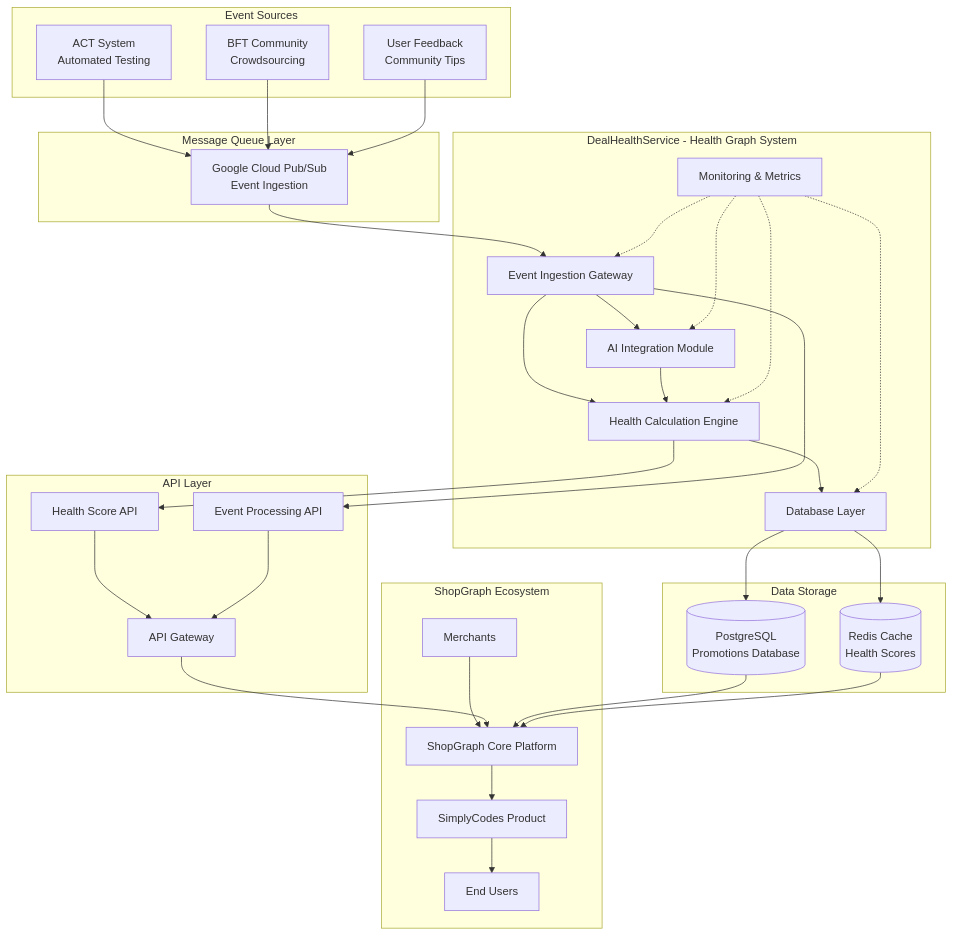
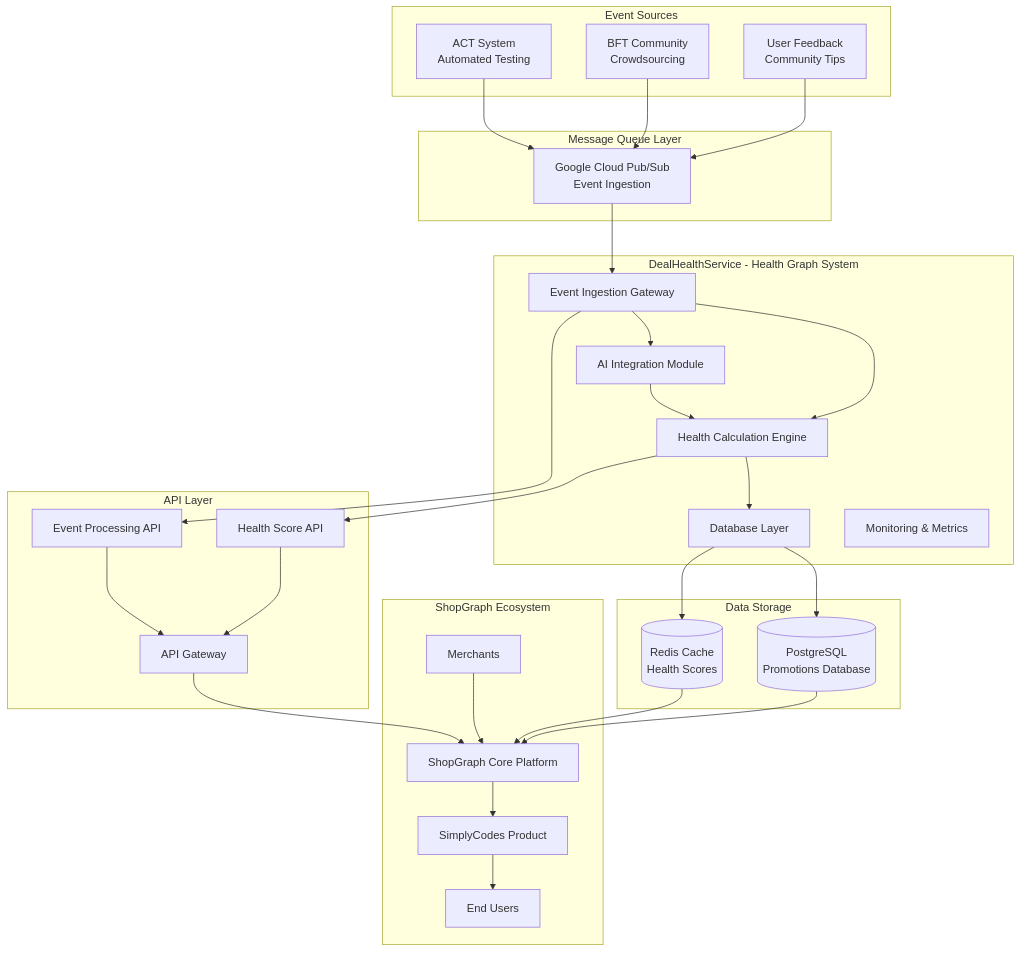
Before and after one commit to jsrobin888/ShopGraphHealthService: the diagram in README.md, drawn with Mermaid. The commit also changed other lines of this file and 22 other files, not shown here.

````diff
--- a/README.md
+++ b/README.md
@@ -29,78 +29,72 @@
 ```mermaid
 graph TB
     subgraph "ShopGraph Ecosystem"
         SHOPGRAPH[ShopGraph Core Platform]
         SIMPLYCODES[SimplyCodes Product]
         USERS[End Users]
         MERCHANTS[Merchants]
     end
     
     subgraph "Event Sources"
         ACT[ACT System<br/>Automated Testing]
         BFT[BFT Community<br/>Crowdsourcing]
         USER_FEEDBACK[User Feedback<br/>Community Tips]
     end
     
     subgraph "Message Queue Layer"
         PUBSUB[Google Cloud Pub/Sub<br/>Event Ingestion]
     end
     
     subgraph "DealHealthService - Health Graph System"
         GATEWAY[Event Ingestion Gateway]
         CALC[Health Calculation Engine]
         AI[AI Integration Module]
         DB[Database Layer]
         MONITOR[Monitoring & Metrics]
     end
     
     subgraph "Data Storage"
         POSTGRES[(PostgreSQL<br/>Promotions Database)]
         CACHE[(Redis Cache<br/>Health Scores)]
     end
     
     subgraph "API Layer"
         API[API Gateway]
         HEALTH_API[Health Score API]
         EVENT_API[Event Processing API]
     end
     
     %% ShopGraph Core Connections
     SHOPGRAPH --> SIMPLYCODES
     SIMPLYCODES --> USERS
     MERCHANTS --> SHOPGRAPH
     
     %% Event Sources to Queue
     ACT --> PUBSUB
     BFT --> PUBSUB
     USER_FEEDBACK --> PUBSUB
     
     %% Queue to Service
     PUBSUB --> GATEWAY
     
     %% Service Internal Flow
     GATEWAY --> CALC
     GATEWAY --> AI
     CALC --> DB
     AI --> CALC
     
     %% Database Connections
     DB --> POSTGRES
     DB --> CACHE
     
     %% API Connections
     CALC --> HEALTH_API
     GATEWAY --> EVENT_API
     HEALTH_API --> API
     EVENT_API --> API
     
     %% Integration with ShopGraph
     API --> SHOPGRAPH
     POSTGRES --> SHOPGRAPH
     CACHE --> SHOPGRAPH
-    
-    %% Monitoring
-    MONITOR -.-> CALC
-    MONITOR -.-> AI
-    MONITOR -.-> DB
-    MONITOR -.-> GATEWAY
 ```
````
